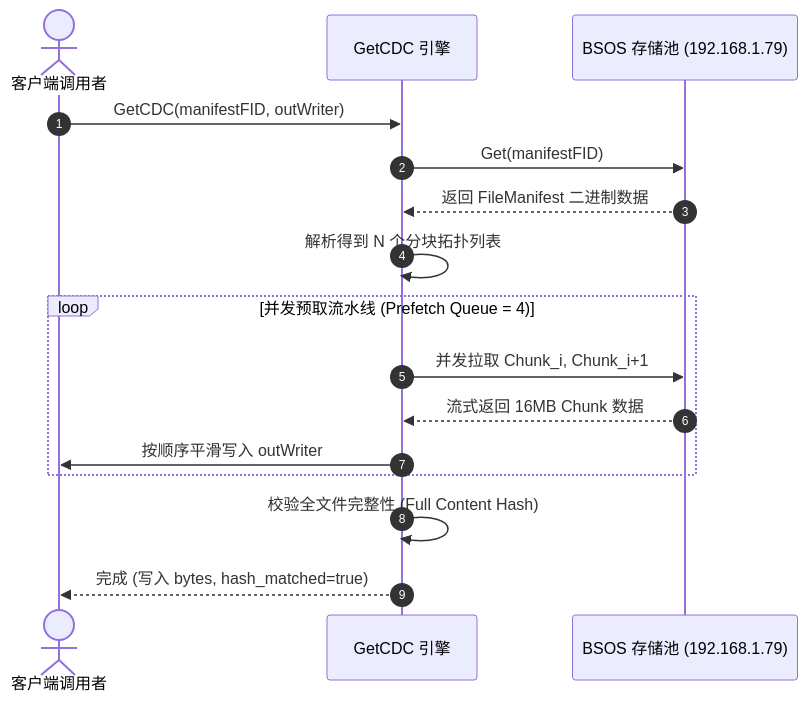
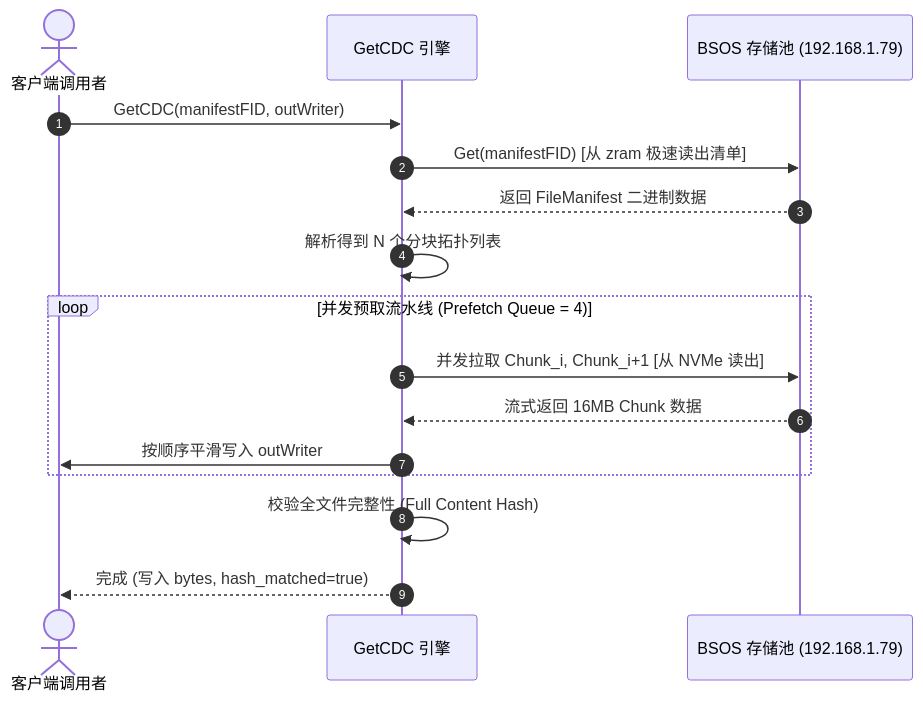
Before and after one commit to echo983/BSOS: the third of 3 diagrams in docs/CLIENT_DUAL_PATH_CDC_DESIGN.md, drawn with Mermaid. The commit also changed other lines of this file, not shown here.

Commit message:
docs: add Manifest Magic Header (BSMN\x01) auto-detection to design whitepaper

````diff
--- a/docs/CLIENT_DUAL_PATH_CDC_DESIGN.md
+++ b/docs/CLIENT_DUAL_PATH_CDC_DESIGN.md
@@ -155,19 +168,19 @@
 ```mermaid
 sequenceDiagram
     autonumber
     actor Client as 客户端调用者
     participant Engine as GetCDC 引擎
     participant BSOS as BSOS 存储池 (192.168.1.79)
 
     Client->>Engine: GetCDC(manifestFID, outWriter)
-    Engine->>BSOS: Get(manifestFID)
+    Engine->>BSOS: Get(manifestFID) [从 zram 极速读出清单]
     BSOS-->>Engine: 返回 FileManifest 二进制数据
     Engine->>Engine: 解析得到 N 个分块拓扑列表
     loop 并发预取流水线 (Prefetch Queue = 4)
-        Engine->>BSOS: 并发拉取 Chunk_i, Chunk_i+1
+        Engine->>BSOS: 并发拉取 Chunk_i, Chunk_i+1 [从 NVMe 读出]
         BSOS-->>Engine: 流式返回 16MB Chunk 数据
         Engine->>Client: 按顺序平滑写入 outWriter
     end
     Engine->>Engine: 校验全文件完整性 (Full Content Hash)
     Engine-->>Client: 完成 (写入 bytes, hash_matched=true)
 ```
````
